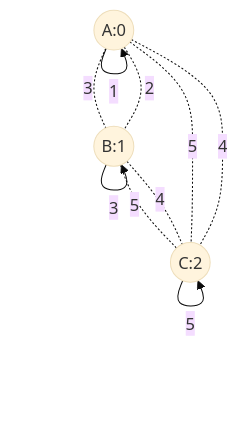
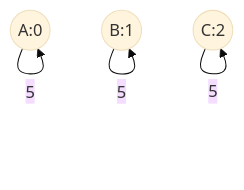
The diagram in Resources/TestMaps/three_rooms_two_loops.md (randomfunkstyle/randomfun2025swift), drawn with Mermaid (base theme) before and after one commit. The commit also changed other lines of this file and 27 other files, not shown here.

````diff
--- a/Resources/TestMaps/three_rooms_two_loops.md
+++ b/Resources/TestMaps/three_rooms_two_loops.md
@@ -3,20 +3,19 @@
 ```mermaid
 graph TD
     A((A:0))
     B((B:1))
     C((C:2))
-    
-    A -.2.- B
-    A -.3.- B
-    A -.4.- C
-    A -.5.- C
-    B -.4.- C
-    B -.5.- C
-    
+
     A --0--> A
     A --1--> A
-    B --2--> B
+    A --4--> A
+    A --5--> A
+    B --0--> B
+    B --1--> B
     B --3--> B
-    C --4--> C
+    B --5--> B
+    C --0--> C
+    C --1--> C
+    C --2--> C
     C --5--> C
 ```
````
